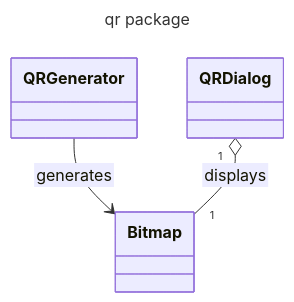
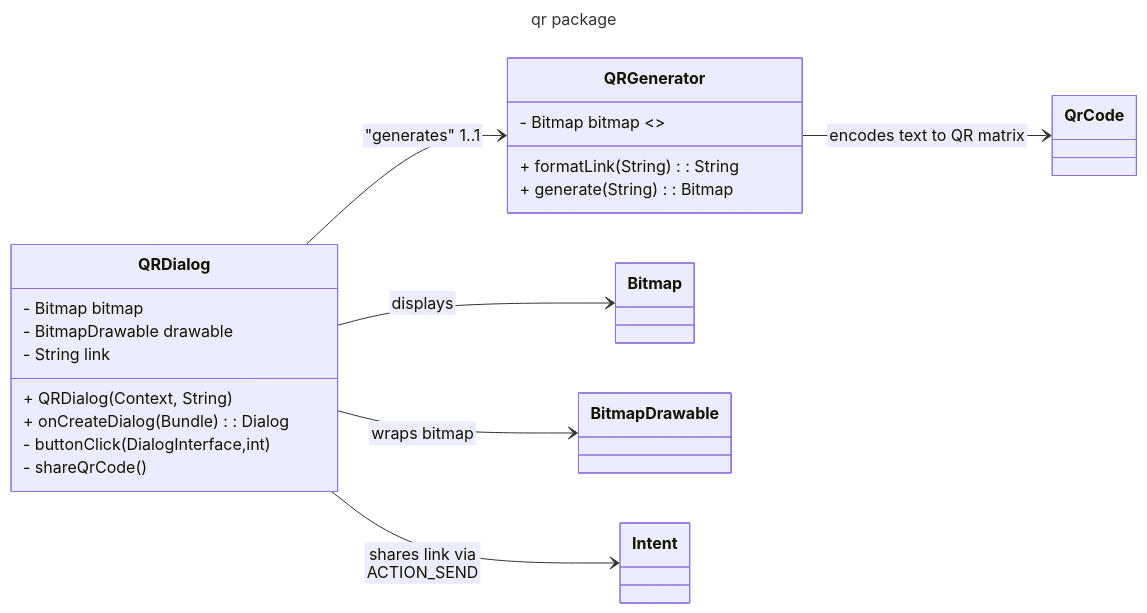
One commit to CMPUT301F25rocket/rocket-radar changed the diagram in doc/uml/qr.mmd. Above: the diagram before and after it, drawn with Mermaid. The commit also changed 19 other files, not shown here.

```diff
--- a/doc/uml/qr.mmd
+++ b/doc/uml/qr.mmd
@@ -1,19 +1,52 @@
 ---
 title: qr package
 config:
   htmlLabels: false
 umlink:
   select:
     - field: package
       pattern: com.rocket.radar.qr
 ---
 
 classDiagram
-class QRDialog 
+direction LR
 
-class QRGenerator 
+%% ==========================================
+%% QR GENERATOR
+%% ==========================================
 
-class Bitmap
+class QRGenerator {
+    - Bitmap bitmap  <<annotated but unused instance field>>
+    + formatLink(String) : String
+    + generate(String) : Bitmap
+}
+%% citation: :contentReference[oaicite:0]{index=0}
 
-QRGenerator --> Bitmap : generates
-QRDialog "1" o-- "1" Bitmap : displays
+
+%% ==========================================
+%% QR DIALOG
+%% ==========================================
+
+class QRDialog {
+    - Bitmap bitmap
+    - BitmapDrawable drawable
+    - String link
+
+    + QRDialog(Context, String)
+    + onCreateDialog(Bundle) : Dialog
+    - buttonClick(DialogInterface,int)
+    - shareQrCode()
+}
+%% citation: :contentReference[oaicite:1]{index=1}
+
+
+%% ==========================================
+%% RELATIONSHIPS
+%% ==========================================
+
+QRDialog --> QRGenerator : "generates" 1..1
+QRDialog --> Bitmap : displays
+QRDialog --> BitmapDrawable : wraps bitmap
+QRDialog --> Intent : shares link via ACTION_SEND
+
+QRGenerator --> QrCode : encodes text to QR matrix
```
